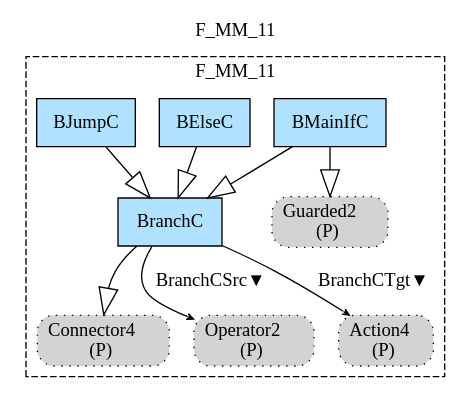
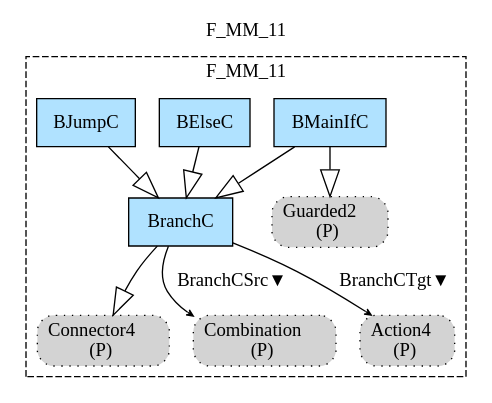
The diagram in Haskell/PCs/MM/img/F_MM_11.gv (namalio/Fragmenta), drawn with Graphviz before and after one commit. The commit also changed 17 other files, not shown here.

```diff
--- a/Haskell/PCs/MM/img/F_MM_11.gv
+++ b/Haskell/PCs/MM/img/F_MM_11.gv
@@ -1,25 +1,25 @@
 digraph {graph[label=F_MM_11,labelloc=tl,labelfontsize=12];
 subgraph cluster_F_MM_11{style=dashed;label=F_MM_11;
 "BMainIfC"[shape=record,fillcolor=lightskyblue1,style = filled,label="BMainIfC"];
 "PGuarded2"[shape=box,fillcolor=lightgray,style ="rounded,filled,dotted",label=<Guarded2<br/>(P)>];
 "BElseC"[shape=record,fillcolor=lightskyblue1,style = filled,label="BElseC"];
 "BJumpC"[shape=record,fillcolor=lightskyblue1,style = filled,label="BJumpC"];
 "PConnector4"[shape=box,fillcolor=lightgray,style ="rounded,filled,dotted",label=<Connector4<br/>(P)>];
-"POperator2"[shape=box,fillcolor=lightgray,style ="rounded,filled,dotted",label=<Operator2<br/>(P)>];
+"PCombination"[shape=box,fillcolor=lightgray,style ="rounded,filled,dotted",label=<Combination<br/>(P)>];
 "BranchC"[shape=record,fillcolor=lightskyblue1,style = filled,label="BranchC"];
 "PAction4"[shape=box,fillcolor=lightgray,style ="rounded,filled,dotted",label=<Action4<br/>(P)>];
 
 "BMainIfC"->"BranchC"[arrowhead=onormal,arrowsize=2.0];
 "BMainIfC"->"PGuarded2"[arrowhead=onormal,arrowsize=2.0];
 "BElseC"->"BranchC"[arrowhead=onormal,arrowsize=2.0];
 "BJumpC"->"BranchC"[arrowhead=onormal,arrowsize=2.0];
 "BranchC"->"PConnector4"[arrowhead=onormal,arrowsize=2.0];
-"BranchC"->"POperator2"[label="BranchCSrc▼",arrowhead=vee,headlabel="",arrowsize=.5];
+"BranchC"->"PCombination"[label="BranchCSrc▼",arrowhead=vee,headlabel="",arrowsize=.5];
 "BranchC"->"PAction4"[label="BranchCTgt▼",arrowhead=vee,headlabel="",arrowsize=.5];
 
 }
 
 
 
 
 }
```
